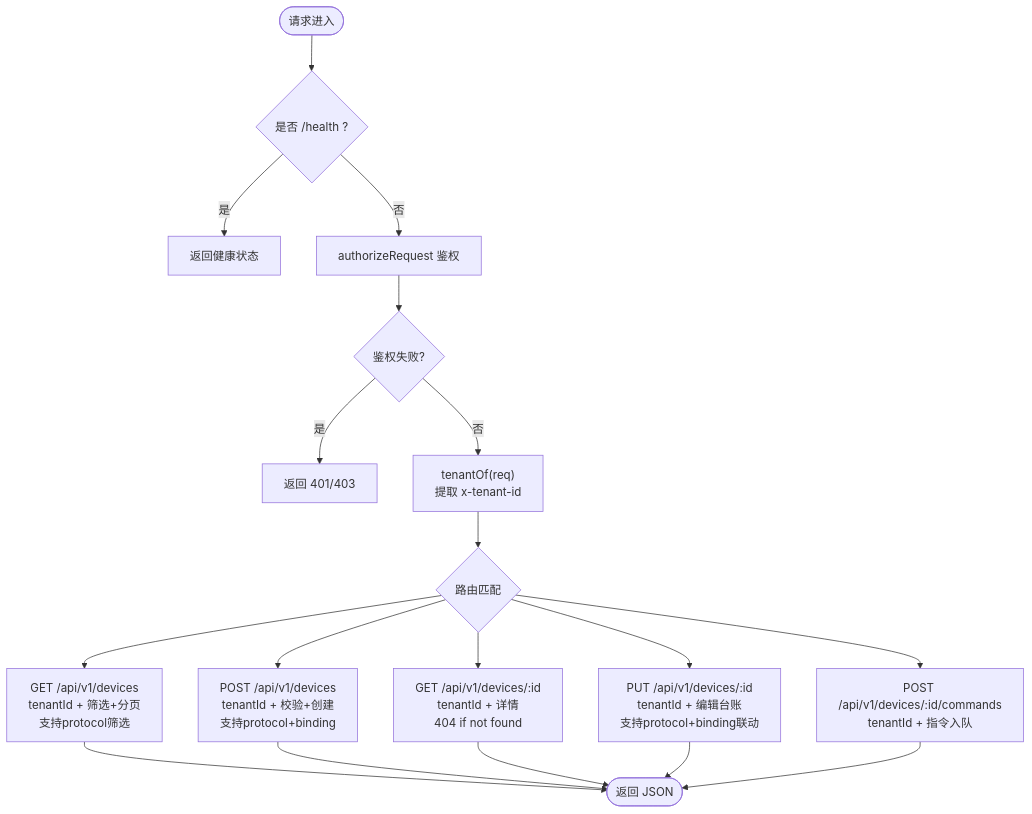
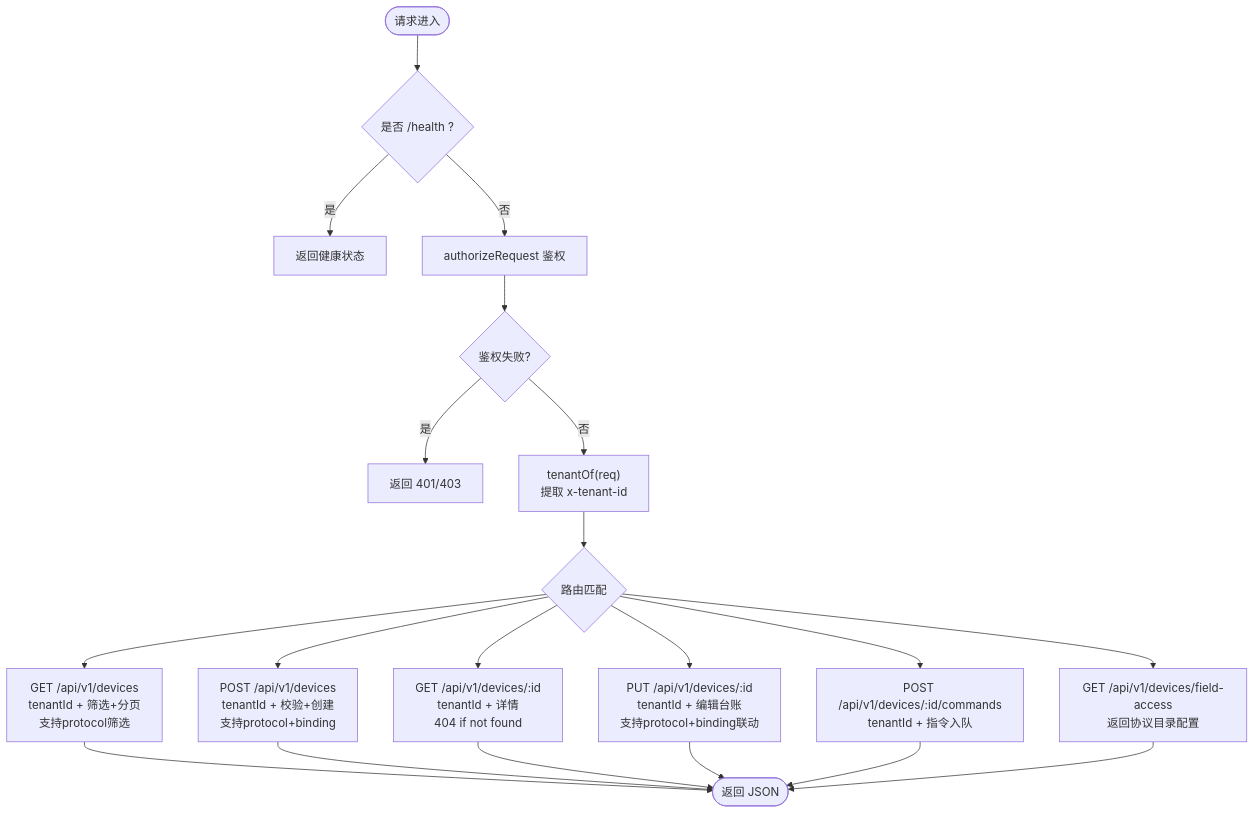
The seventh of 10 diagrams in .qoder/repowiki/zh/content/核心服务文档/物联网设备管理/物联网设备管理.md (q446328246/agri-platform), drawn with Mermaid before and after one commit. The commit also changed other lines of this file and 25 other files, not shown here.

````diff
--- a/.qoder/repowiki/zh/content/核心服务文档/物联网设备管理/物联网设备管理.md
+++ b/.qoder/repowiki/zh/content/核心服务文档/物联网设备管理/物联网设备管理.md
@@ -447,20 +493,22 @@
 ```mermaid
 flowchart TD
 Start(["请求进入"]) --> Health{"是否 /health ?"}
 Health --> |是| ReturnHealth["返回健康状态"]
 Health --> |否| Auth["authorizeRequest 鉴权"]
 Auth --> Denied{"鉴权失败?"}
 Denied --> |是| ReturnAuthErr["返回 401/403"]
 Denied --> |否| Tenant["tenantOf(req)<br/>提取 x-tenant-id"]
 Tenant --> Route{"路由匹配"}
 Route --> List["GET /api/v1/devices<br/>tenantId + 筛选+分页<br/>支持protocol筛选"]
 Route --> Create["POST /api/v1/devices<br/>tenantId + 校验+创建<br/>支持protocol+binding"]
 Route --> Detail["GET /api/v1/devices/:id<br/>tenantId + 详情<br/>404 if not found"]
 Route --> Update["PUT /api/v1/devices/:id<br/>tenantId + 编辑台账<br/>支持protocol+binding联动"]
 Route --> Command["POST /api/v1/devices/:id/commands<br/>tenantId + 指令入队"]
+Route --> Catalogue["GET /api/v1/devices/field-access<br/>返回协议目录配置"]
 List --> End(["返回 JSON"])
 Create --> End
 Detail --> End
 Update --> End
 Command --> End
+Catalogue --> End
 ```
````
